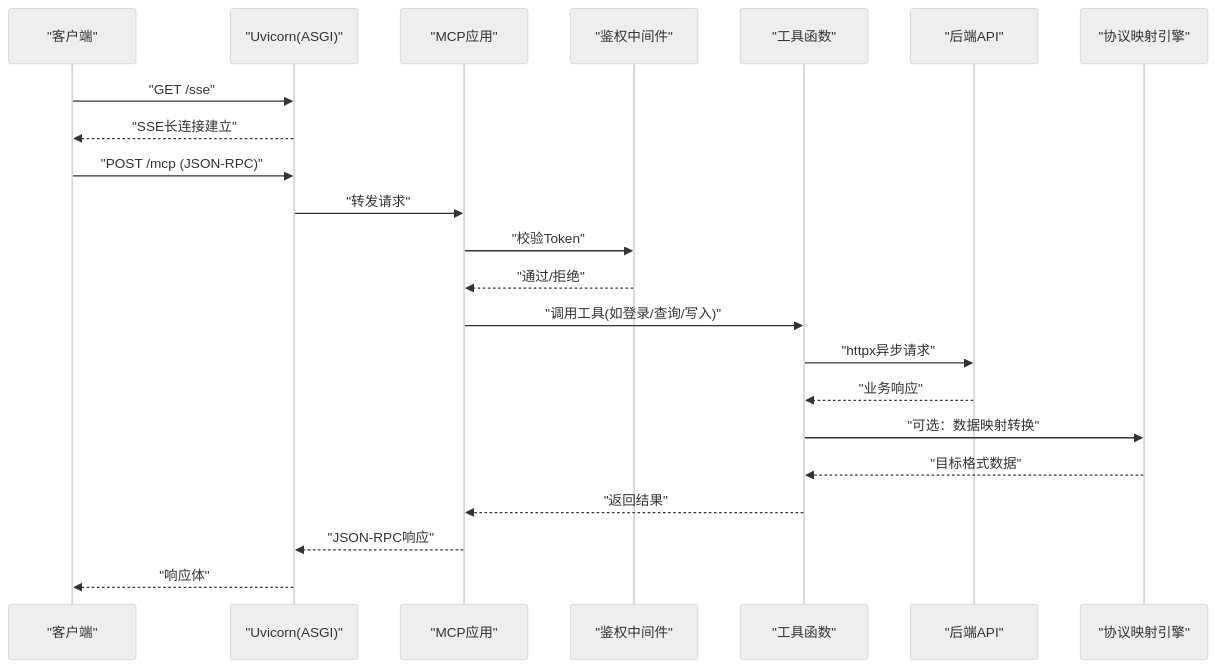
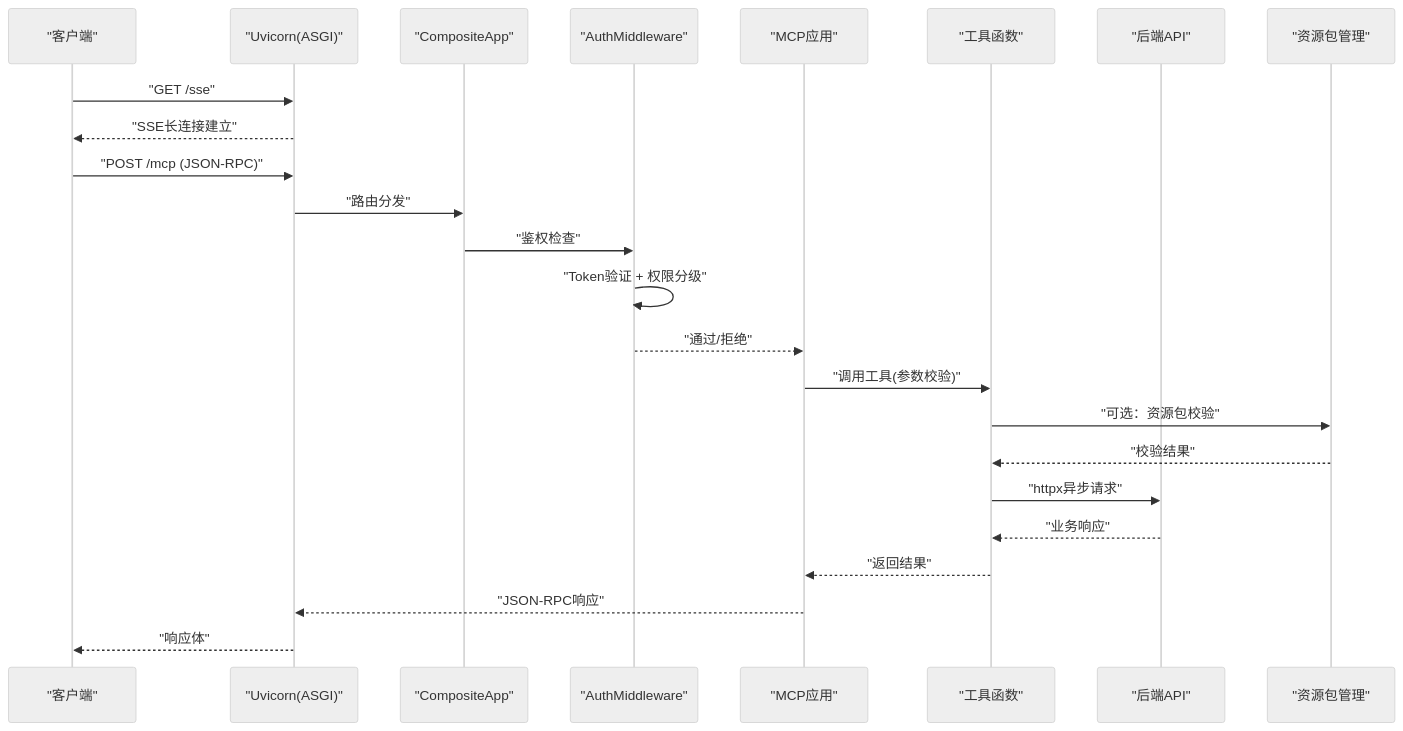
The second of 10 diagrams in .qoder/repowiki/zh/content/开发指南/开发指南.md (rookie-wind/web_ai), drawn with Mermaid (neutral theme) before and after one commit. The commit also changed other lines of this file and 117 other files, not shown here.

````diff
--- a/.qoder/repowiki/zh/content/开发指南/开发指南.md
+++ b/.qoder/repowiki/zh/content/开发指南/开发指南.md
@@ -74,24 +95,26 @@
 ```mermaid
 sequenceDiagram
 participant Client as "客户端"
 participant Uvicorn as "Uvicorn(ASGI)"
+participant Composite as "CompositeApp"
+participant Auth as "AuthMiddleware"
 participant MCP as "MCP应用"
-participant Auth as "鉴权中间件"
 participant Tool as "工具函数"
 participant API as "后端API"
-participant Map as "协议映射引擎"
+participant Package as "资源包管理"
 Client->>Uvicorn : "GET /sse"
 Uvicorn-->>Client : "SSE长连接建立"
 Client->>Uvicorn : "POST /mcp (JSON-RPC)"
-Uvicorn->>MCP : "转发请求"
-MCP->>Auth : "校验Token"
+Uvicorn->>Composite : "路由分发"
+Composite->>Auth : "鉴权检查"
+Auth->>Auth : "Token验证 + 权限分级"
 Auth-->>MCP : "通过/拒绝"
-MCP->>Tool : "调用工具(如登录/查询/写入)"
+MCP->>Tool : "调用工具(参数校验)"
+Tool->>Package : "可选：资源包校验"
+Package-->>Tool : "校验结果"
 Tool->>API : "httpx异步请求"
 API-->>Tool : "业务响应"
-Tool->>Map : "可选：数据映射转换"
-Map-->>Tool : "目标格式数据"
 Tool-->>MCP : "返回结果"
 MCP-->>Uvicorn : "JSON-RPC响应"
 Uvicorn-->>Client : "响应体"
 ```
````
